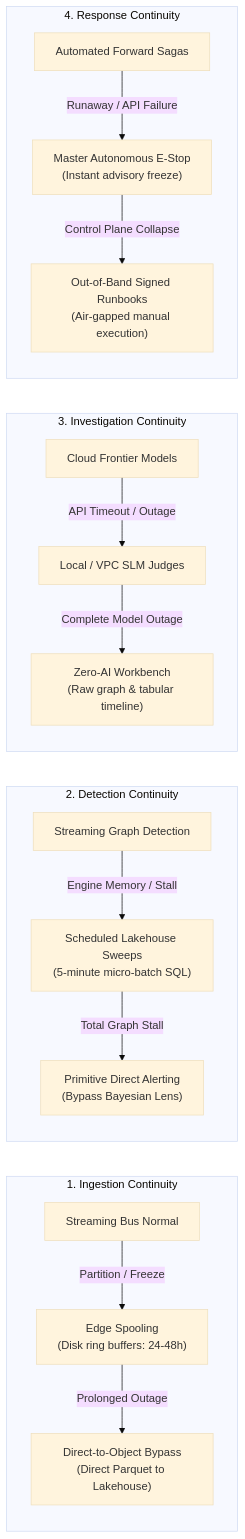
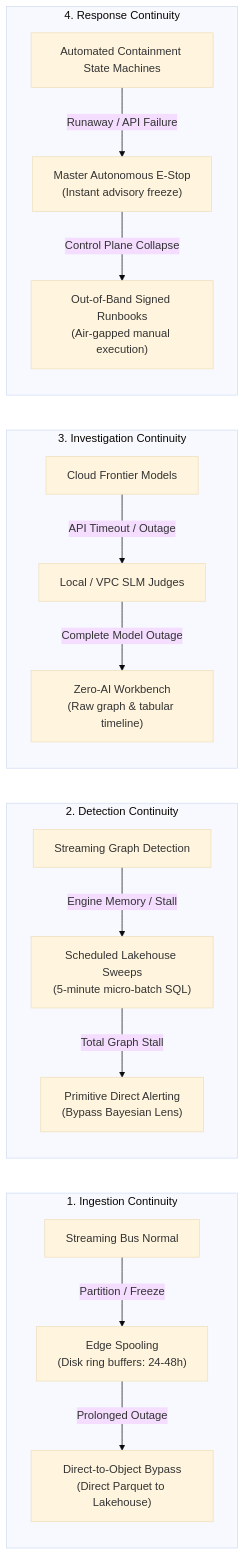
One commit to Haribu/TIDIR changed the seventh of 7 diagrams in docs/architecture/05-cross-cutting-engineering-disciplines.md. Above: the diagram before and after it, drawn with Mermaid (base theme). The commit also changed 10 other files, not shown here.

Commit message:
refactor(diagrams): harmonize remaining component diagrams to monotonic containment

````diff
--- a/docs/architecture/05-cross-cutting-engineering-disciplines.md
+++ b/docs/architecture/05-cross-cutting-engineering-disciplines.md
@@ -237,22 +237,22 @@
 ```mermaid
 flowchart LR
   subgraph IngestionContinuity ["1. Ingestion Continuity"]
     I_NORM["Streaming Bus Normal"] -->|Partition / Freeze| I_SPOOL["Edge Spooling\n(Disk ring buffers: 24-48h)"]
     I_SPOOL -->|Prolonged Outage| I_OBJ["Direct-to-Object Bypass\n(Direct Parquet to Lakehouse)"]
   end
 
   subgraph DetectionContinuity ["2. Detection Continuity"]
     D_STREAM["Streaming Graph Detection"] -->|Engine Memory / Stall| D_BATCH["Scheduled Lakehouse Sweeps\n(5-minute micro-batch SQL)"]
     D_BATCH -->|Total Graph Stall| D_RAW["Primitive Direct Alerting\n(Bypass Bayesian Lens)"]
   end
 
   subgraph InvestigationContinuity ["3. Investigation Continuity"]
     A_CLOUD["Cloud Frontier Models"] -->|API Timeout / Outage| A_SLM["Local / VPC SLM Judges"]
     A_SLM -->|Complete Model Outage| A_ZERO["Zero-AI Workbench\n(Raw graph & tabular timeline)"]
   end
 
   subgraph ResponseContinuity ["4. Response Continuity"]
-    R_AUTO["Automated Forward Sagas"] -->|Runaway / API Failure| R_ESTOP["Master Autonomous E-Stop\n(Instant advisory freeze)"]
+    R_AUTO["Automated Containment State Machines"] -->|Runaway / API Failure| R_ESTOP["Master Autonomous E-Stop\n(Instant advisory freeze)"]
     R_ESTOP -->|Control Plane Collapse| R_OOB["Out-of-Band Signed Runbooks\n(Air-gapped manual execution)"]
   end
 ```
````
